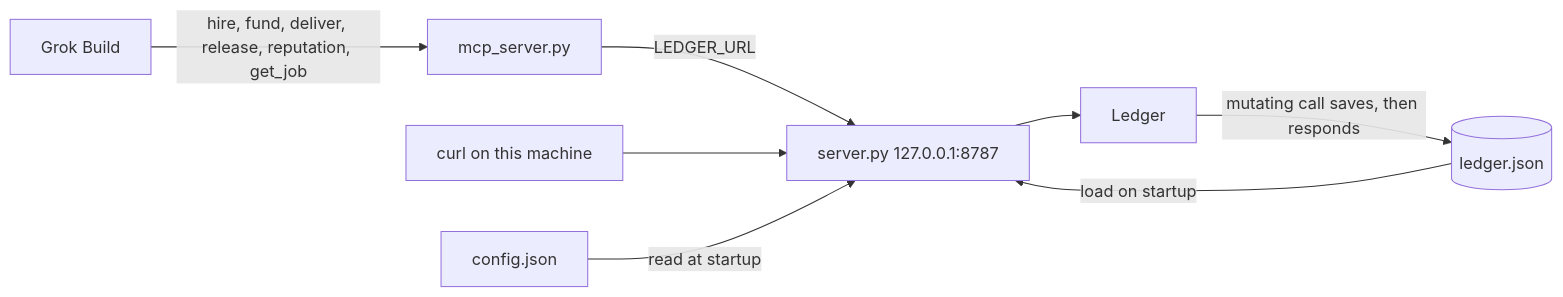
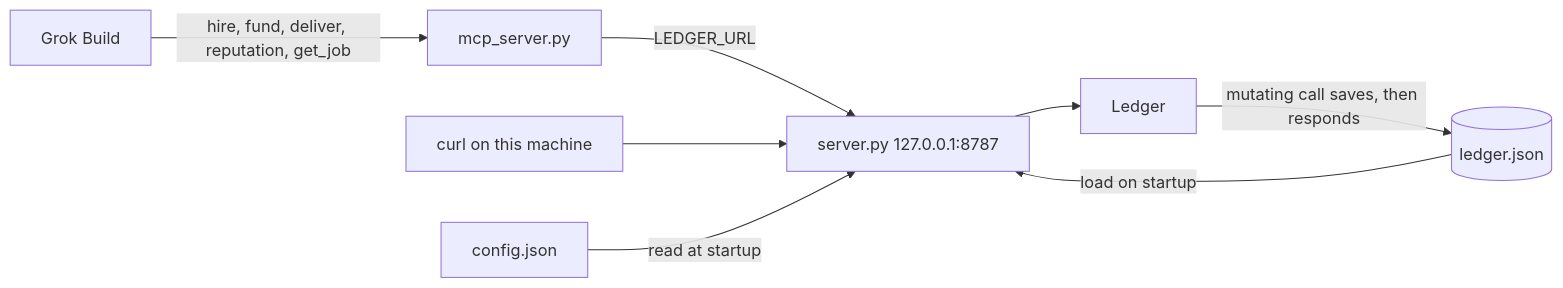
One commit to pileofflapjacks1/agent-ledger changed the first of 4 diagrams in README.md. Above: the diagram before and after it, drawn with Mermaid. The commit also changed other lines of this file and 15 other files, not shown here.

````diff
--- a/README.md
+++ b/README.md
@@ -21,18 +23,18 @@
 ```mermaid
 flowchart LR
   grok["Grok Build"]
   curl["curl on this machine"]
   mcp["mcp_server.py"]
   http["server.py 127.0.0.1:8787"]
   ledger["Ledger"]
   disk[(ledger.json)]
   cfg["config.json"]
 
-  grok -->|"hire, fund, deliver, release, reputation, get_job"| mcp
+  grok -->|"hire, fund, deliver, reputation, get_job"| mcp
   mcp -->|"LEDGER_URL"| http
   curl --> http
   cfg -->|"read at startup"| http
   http --> ledger
   ledger -->|"mutating call saves, then responds"| disk
   disk -->|"load on startup"| http
 ```
````
